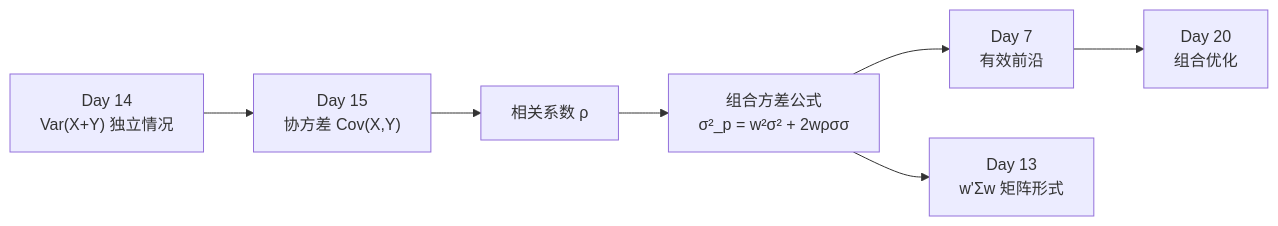
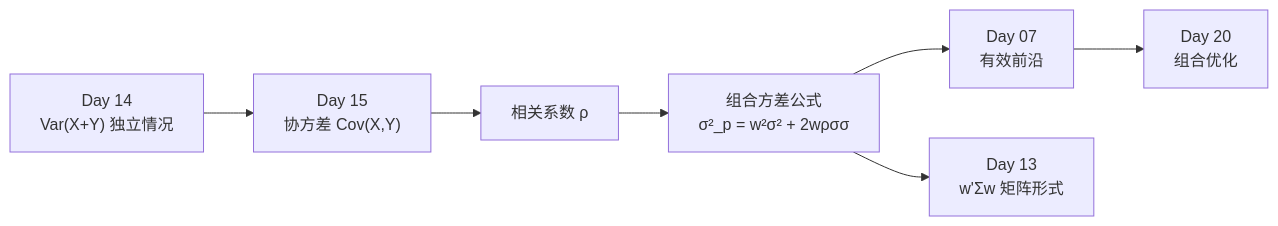
Before and after one commit to cxmokai/factor-investing-study: the first of 2 diagrams in 数学基础/讲义/Day15-协方差相关性大数定律与中心极限定理.md, drawn with Mermaid. The commit also changed other lines of this file and 16 other files, not shown here.

````diff
--- a/数学基础/讲义/Day15-协方差相关性大数定律与中心极限定理.md
+++ b/数学基础/讲义/Day15-协方差相关性大数定律与中心极限定理.md
@@ -325,9 +325,9 @@
 ```mermaid
 graph LR
     A["Day 14<br>Var(X+Y) 独立情况"] --> B["Day 15<br>协方差 Cov(X,Y)"]
     B --> C["相关系数 ρ"]
     C --> D["组合方差公式<br>σ²_p = w²σ² + 2wρσσ"]
-    D --> E["Day 7<br>有效前沿"]
+    D --> E["Day 07<br>有效前沿"]
     D --> F["Day 13<br>w'Σw 矩阵形式"]
     E --> G["Day 20<br>组合优化"]
 ```
````
